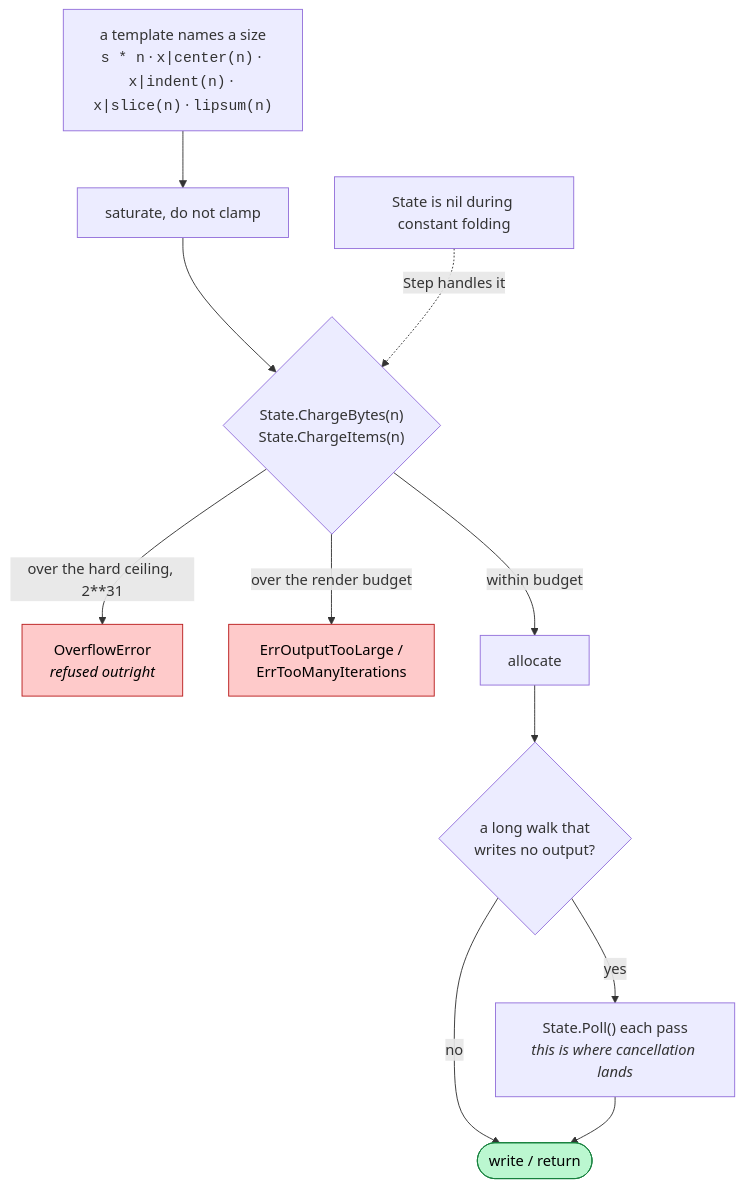
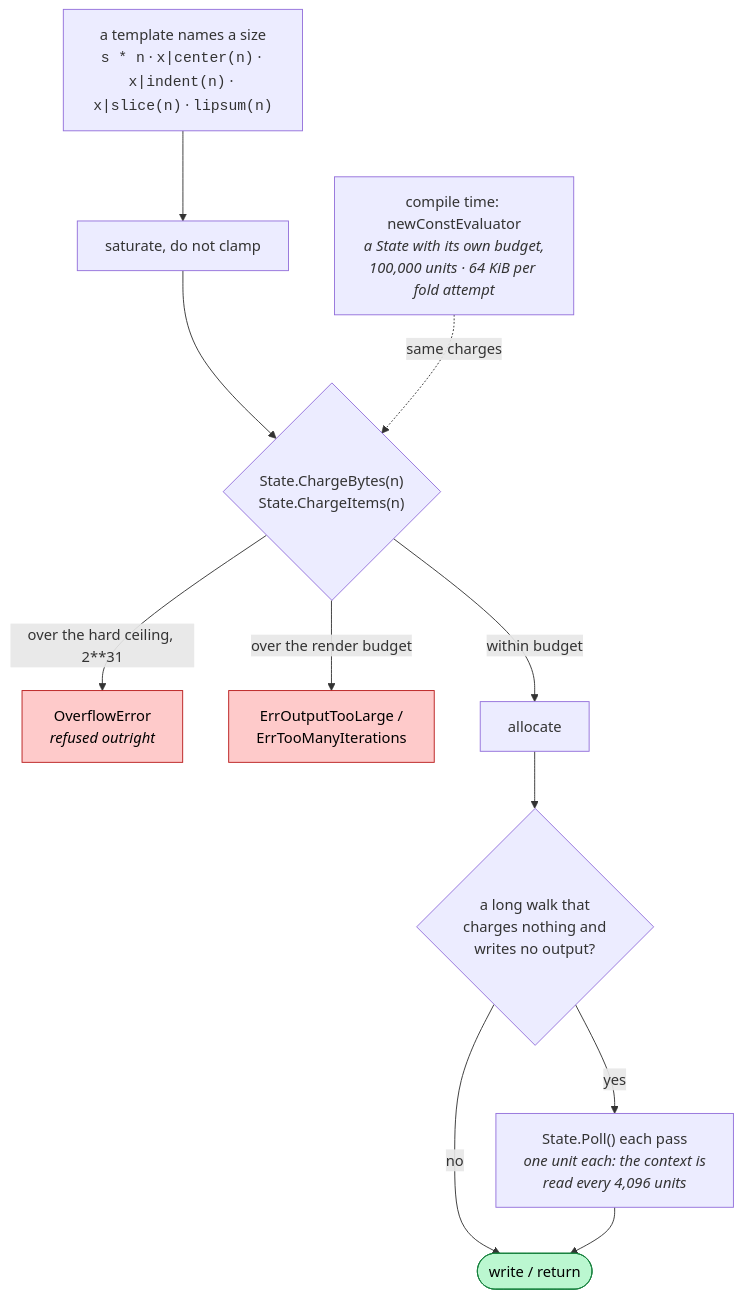
The fifth of 6 diagrams in docs/architecture.md (mgilbir/gojja2), drawn with Mermaid before and after one commit. The commit also changed other lines of this file and 41 other files, not shown here.

````diff
--- a/docs/architecture.md
+++ b/docs/architecture.md
@@ -196,20 +260,20 @@
 ```mermaid
 flowchart TD
     T["a template names a size<br/><code>s * n</code> · <code>x|center(n)</code> · <code>x|indent(n)</code> · <code>x|slice(n)</code> · <code>lipsum(n)</code>"]
     T --> SAT["saturate, do not clamp"]
     SAT --> C{"State.ChargeBytes(n)<br/>State.ChargeItems(n)"}
     C -->|"over the hard ceiling, 2**31"| O["OverflowError<br/><i>refused outright</i>"]
     C -->|"over the render budget"| E["ErrOutputTooLarge /<br/>ErrTooManyIterations"]
     C -->|"within budget"| A["allocate"]
-    A --> P{"a long walk that<br/>writes no output?"}
-    P -->|yes| Q["State.Poll() each pass<br/><i>this is where cancellation lands</i>"]
+    A --> P{"a long walk that<br/>charges nothing and<br/>writes no output?"}
+    P -->|yes| Q["State.Poll() each pass<br/><i>one unit each: the context is<br/>read every 4,096 units</i>"]
     P -->|no| D(["write / return"])
     Q --> D
 
-    N["State is nil during constant folding"] -.->|"Step handles it"| C
+    N["compile time: newConstEvaluator<br/><i>a State with its own budget,<br/>100,000 units · 64 KiB per fold attempt</i>"] -.->|"same charges"| C
 
     classDef bad fill:#fecaca,stroke:#b91c1c,color:#000
     classDef ok fill:#bbf7d0,stroke:#15803d,color:#000
     class O,E bad
     class D ok
 ```
````
